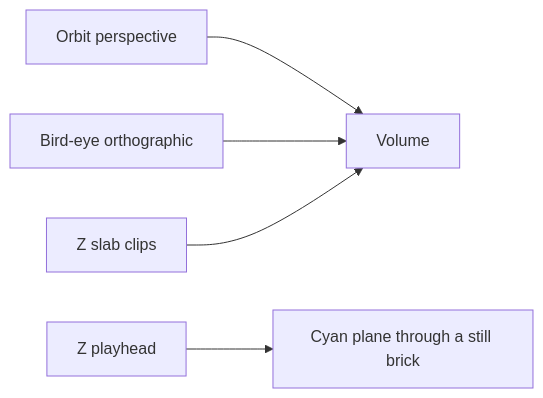
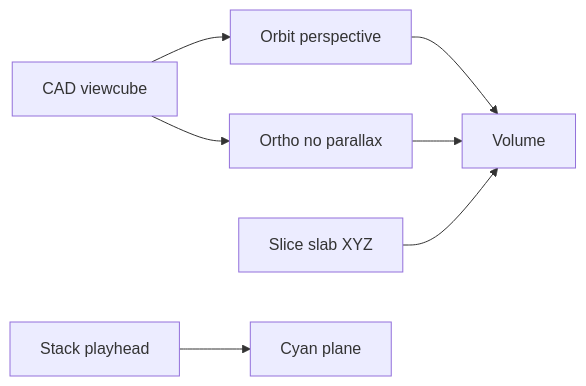
The tenth of 19 diagrams in architecture.md (PiMaV/DONNER), drawn with Mermaid before and after one commit. The commit also changed other lines of this file and 19 other files, not shown here.

First line of the commit message:
Add a CAD viewcube and remap Bird to parallax so side views stay oriented, and let the slice stack and cube cap follow the data.

````diff
--- a/architecture.md
+++ b/architecture.md
@@ -215,11 +216,14 @@
 ```mermaid
 flowchart LR
   orbit[Orbit perspective]
-  bird[Bird-eye orthographic]
-  slab[Z slab clips]
-  scrub[Z playhead]
+  ortho[Ortho no parallax]
+  gizmo[CAD viewcube]
+  slab[Slice slab XYZ]
+  scrub[Stack playhead]
   orbit --> volume[Volume]
-  bird --> volume
+  ortho --> volume
+  gizmo --> orbit
+  gizmo --> ortho
   slab --> volume
-  scrub --> plane[Cyan plane through a still brick]
+  scrub --> plane[Cyan plane]
 ```
````
